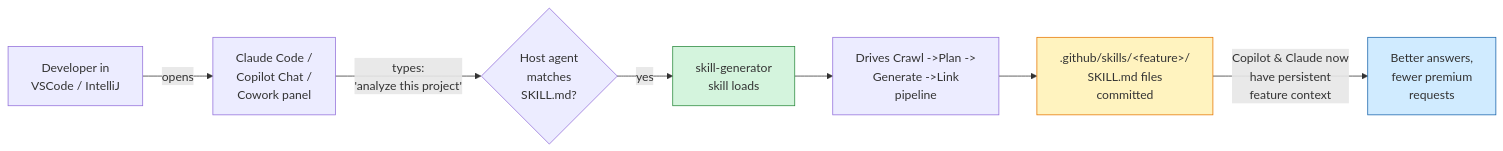
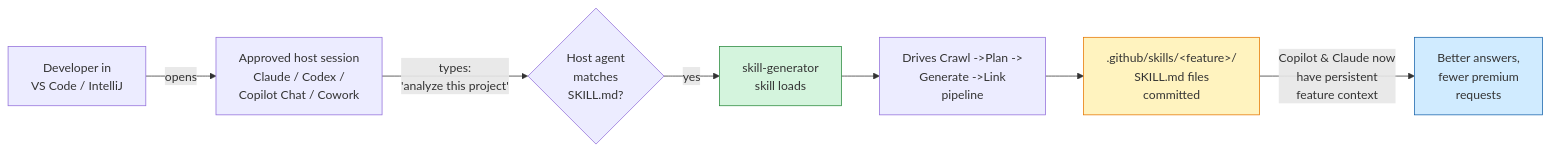
Before and after one commit to bipinhcs11/Customized_Agent_For_Developer: the first of 3 diagrams in docs/agent-invocation-flow.md, drawn with Mermaid. The commit also changed other lines of this file and 5 other files, not shown here.

````diff
--- a/docs/agent-invocation-flow.md
+++ b/docs/agent-invocation-flow.md
@@ -9,13 +9,13 @@
 ```mermaid
 flowchart LR
-    A[Developer in<br/>VSCode / IntelliJ] -->|opens| B[Claude Code /<br/>Copilot Chat /<br/>Cowork panel]
+    A[Developer in<br/>VS Code / IntelliJ] -->|opens| B[Approved host session<br/>Claude / Codex /<br/>Copilot Chat / Cowork]
     B -->|types:<br/>'analyze this project'| C{Host agent<br/>matches<br/>SKILL.md?}
     C -->|yes| D[skill-generator<br/>skill loads]
     D --> E[Drives Crawl ->Plan -><br/>Generate ->Link<br/>pipeline]
     E --> F[.github/skills/&lt;feature&gt;/<br/>SKILL.md files<br/>committed]
     F -->|Copilot &amp; Claude now<br/>have persistent<br/>feature context| G[Better answers,<br/>fewer premium<br/>requests]
 
     style D fill:#d4f4dd,stroke:#2b8a3e
     style F fill:#fff3bf,stroke:#e67700
     style G fill:#d0ebff,stroke:#1864ab
 ```
````
